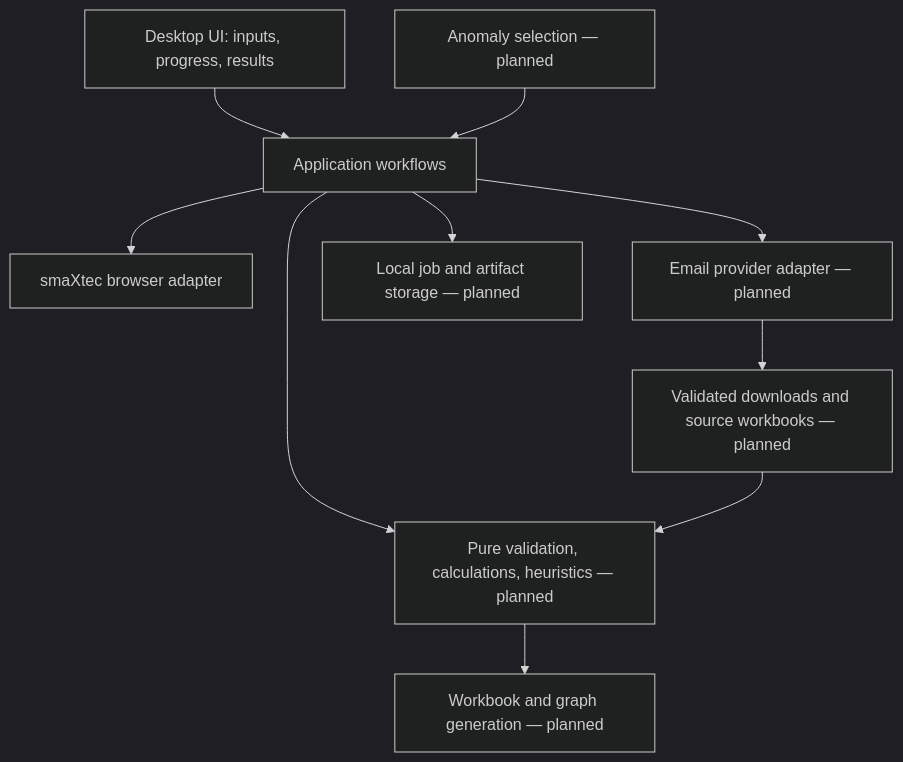
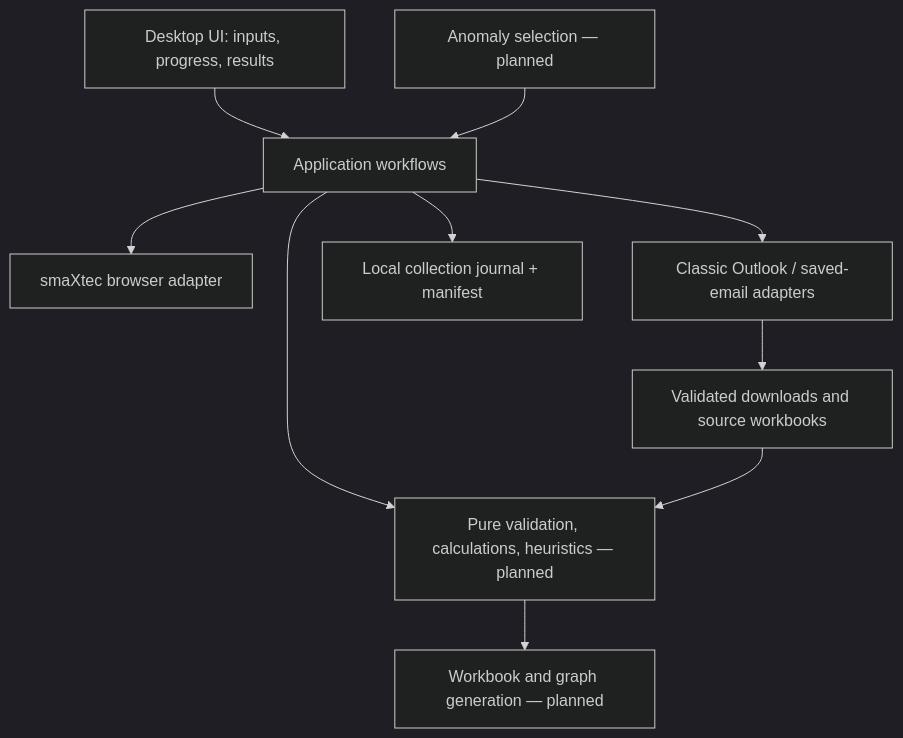
One commit to FelixvanDijk/SmaxTec changed the diagram in docs/ARCHITECTURE.md. Above: the diagram before and after it, drawn with Mermaid (dark theme). The commit also changed other lines of this file and 37 other files, not shown here.

Commit message:
Add reviewed Outlook email collection and safe per-cow downloads

````diff
--- a/docs/ARCHITECTURE.md
+++ b/docs/ARCHITECTURE.md
@@ -13,12 +13,12 @@
 ```mermaid
 flowchart TD
     UI[Desktop UI: inputs, progress, results] --> APP[Application workflows]
     APP --> WEB[smaXtec browser adapter]
-    APP --> MAIL[Email provider adapter — planned]
-    APP --> JOBS[Local job and artifact storage — planned]
+    APP --> MAIL[Classic Outlook / saved-email adapters]
+    APP --> JOBS[Local collection journal + manifest]
     APP --> DOMAIN[Pure validation, calculations, heuristics — planned]
     DOMAIN --> REPORTS[Workbook and graph generation — planned]
-    MAIL --> FILES[Validated downloads and source workbooks — planned]
+    MAIL --> FILES[Validated downloads and source workbooks]
     FILES --> DOMAIN
     AUTO[Anomaly selection — planned] --> APP
 ```
````
